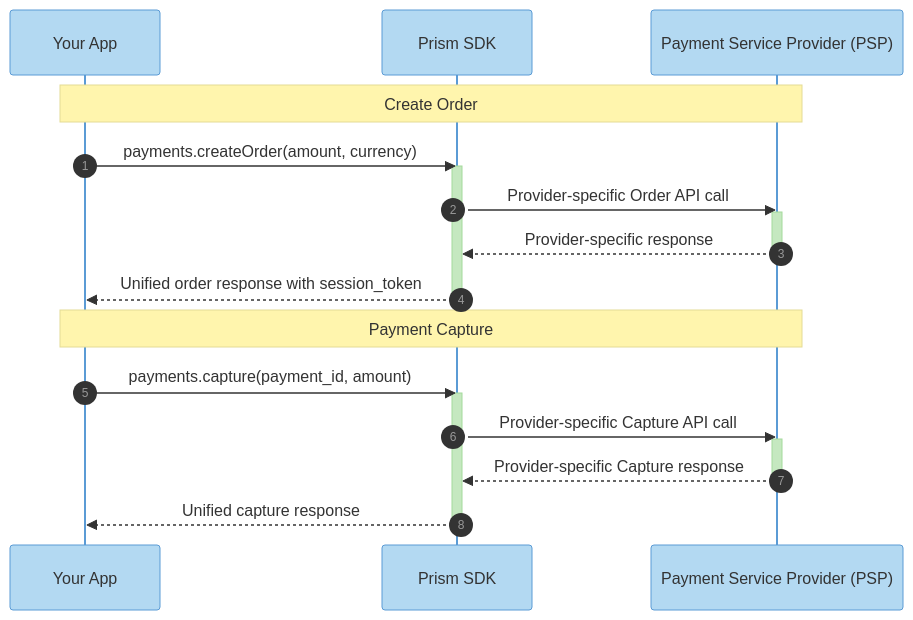
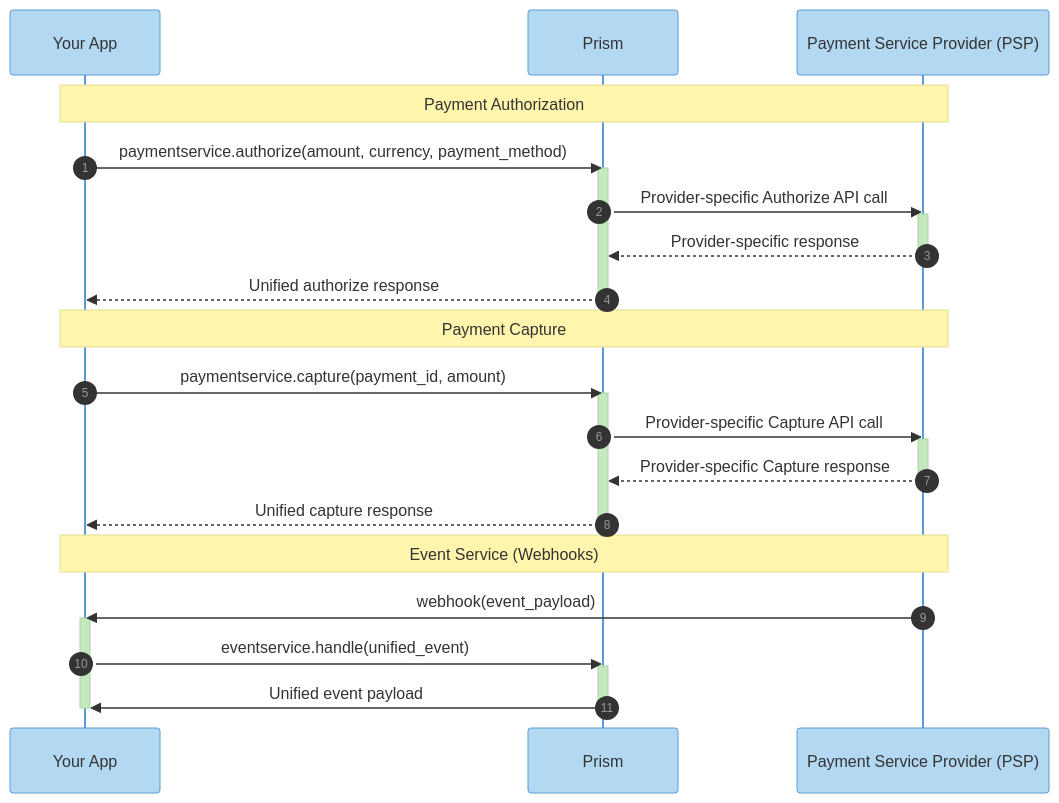
Before and after one commit to juspay/connector-service: the diagram in docs/README.md, drawn with Mermaid. The commit also changed other lines of this file, not shown here.

````diff
--- a/docs/README.md
+++ b/docs/README.md
@@ -68,29 +87,38 @@
 ```mermaid
 %%{init: {'theme': 'base', 'themeVariables': { 'primaryColor': '#B3D9F2', 'primaryTextColor': '#333333', 'primaryBorderColor': '#5B9BD5', 'lineColor': '#666666', 'secondaryColor': '#C5E8C0', 'tertiaryColor': '#F9B872'}}}%%
 sequenceDiagram
    autonumber
    participant App as Your App
-   participant SDK as Prism SDK
+   participant SDK as Prism
    participant PSP as Payment Service Provider (PSP)
    
-   Note over App,PSP: Create Order
-   App->>SDK: payments.createOrder(amount, currency)
+   Note over App,PSP: Payment Authorization
+   App->>SDK: paymentservice.authorize(amount, currency, payment_method)
    activate SDK
-   SDK->>PSP: Provider-specific Order API call
+   SDK->>PSP: Provider-specific Authorize API call
    activate PSP
    PSP-->>SDK: Provider-specific response
    deactivate PSP
-   SDK-->>App: Unified order response with session_token
+   SDK-->>App: Unified authorize response
    deactivate SDK
 
    Note over App,PSP: Payment Capture
-   App->>SDK: payments.capture(payment_id, amount)
+   App->>SDK: paymentservice.capture(payment_id, amount)
    activate SDK
    SDK->>PSP: Provider-specific Capture API call
    activate PSP
    PSP-->>SDK: Provider-specific Capture response
    deactivate PSP
    SDK-->>App: Unified capture response
    deactivate SDK
 
+   Note over App,PSP: Event Service (Webhooks)
+   PSP->>App: webhook(event_payload)
+   activate App
+   App->>SDK: eventservice.handle(unified_event)
+   activate SDK
+   SDK->>App: Unified event payload
+   deactivate SDK
+   deactivate App
+
 ```
````
